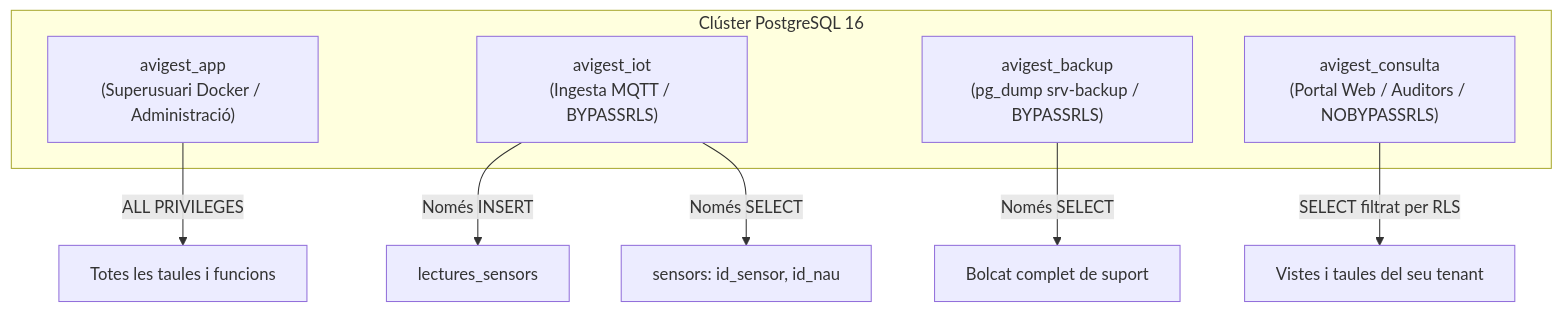
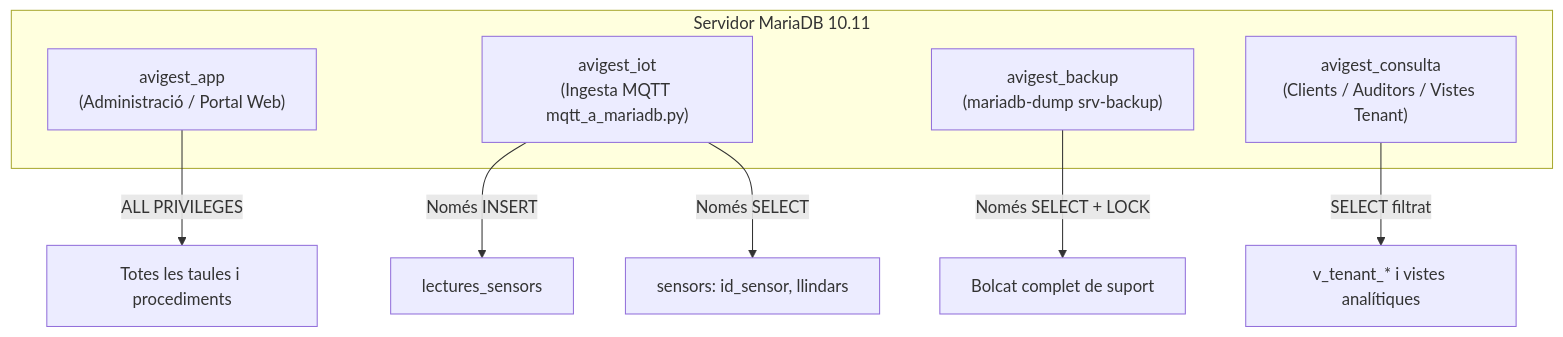
The third of 3 diagrams in bd/explicacio_disseny_base_dades.md (JoanGarcia25/avigest-projecte), drawn with Mermaid before and after one commit. The commit also changed other lines of this file and 46 other files, not shown here.

````diff
--- a/bd/explicacio_disseny_base_dades.md
+++ b/bd/explicacio_disseny_base_dades.md
@@ -205,15 +187,15 @@
 ```mermaid
 graph TD
-    subgraph Clúster PostgreSQL 16
-        APP["avigest_app<br/>(Superusuari Docker / Administració)"]
-        IOT["avigest_iot<br/>(Ingesta MQTT / BYPASSRLS)"]
-        BAK["avigest_backup<br/>(pg_dump srv-backup / BYPASSRLS)"]
-        CON["avigest_consulta<br/>(Portal Web / Auditors / NOBYPASSRLS)"]
+    subgraph Servidor MariaDB 10.11
+        APP["avigest_app<br/>(Administració / Portal Web)"]
+        IOT["avigest_iot<br/>(Ingesta MQTT mqtt_a_mariadb.py)"]
+        BAK["avigest_backup<br/>(mariadb-dump srv-backup)"]
+        CON["avigest_consulta<br/>(Clients / Auditors / Vistes Tenant)"]
     end
 
-    APP -->|ALL PRIVILEGES| ALL[Totes les taules i funcions]
+    APP -->|ALL PRIVILEGES| ALL[Totes les taules i procediments]
     IOT -->|Només INSERT| LS[lectures_sensors]
-    IOT -->|Només SELECT| S_ID[sensors: id_sensor, id_nau]
-    BAK -->|Només SELECT| DUMP[Bolcat complet de suport]
-    CON -->|SELECT filtrat per RLS| VIEWS[Vistes i taules del seu tenant]
+    IOT -->|Només SELECT| S_ID[sensors: id_sensor, llindars]
+    BAK -->|Només SELECT + LOCK| DUMP[Bolcat complet de suport]
+    CON -->|SELECT filtrat| VIEWS[v_tenant_* i vistes analítiques]
 ```
````
